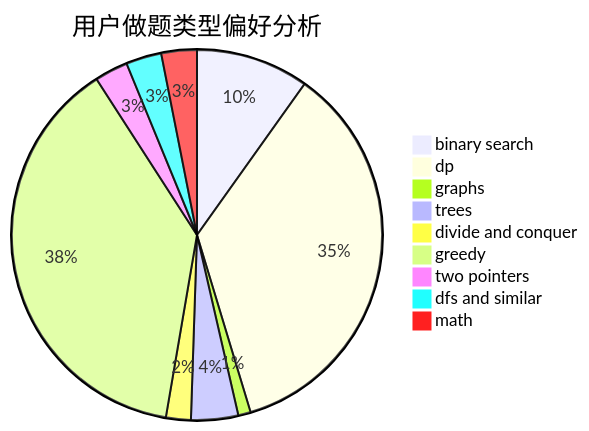
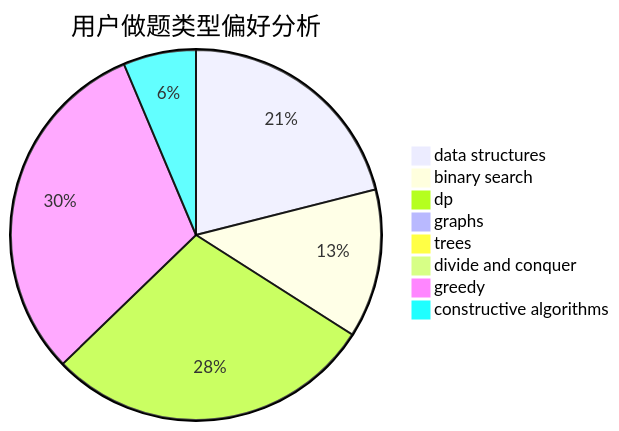
Before and after one commit to sherpahu/cfrs.github.io: the second of 3 diagrams in docs/user/u2286.md, drawn with Mermaid. The commit also changed other lines of this file and 2775 other files, not shown here.

````diff
--- a/docs/user/u2286.md
+++ b/docs/user/u2286.md
@@ -23,12 +23,11 @@
 ```mermaid
 pie title 用户做题类型偏好分析
-    "binary search" :  254
-    "dp" :  915
-    "graphs" :  28
-    "trees" :  106
-    "divide and conquer" :  56
-    "greedy" :  985
-    "two pointers" :  75
-    "dfs and similar" :  80
-    "math" :  80
+    "data structures" :  361
+    "binary search" :  223
+    "dp" :  493
+    "graphs" :  15
+    "trees" :  14
+    "divide and conquer" :  1
+    "greedy" :  530
+    "constructive algorithms" :  109
 ```
````
